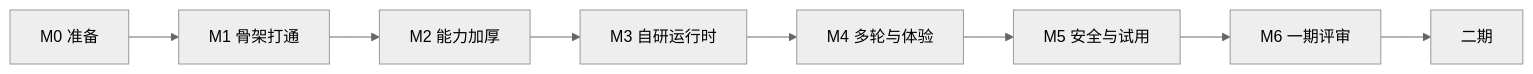
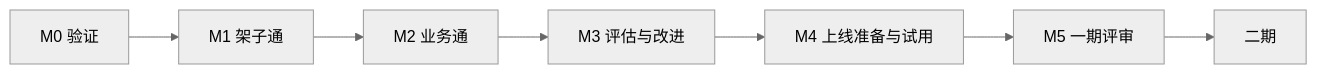
The second of 2 diagrams in docs/ai-native-design/一期二期规划.md (Sam-BIGUncle/AI_agent), drawn with Mermaid (neutral theme) before and after one commit. The commit also changed other lines of this file and 29 other files, not shown here.

````diff
--- a/docs/ai-native-design/一期二期规划.md
+++ b/docs/ai-native-design/一期二期规划.md
@@ -59,5 +73,5 @@
 ```mermaid
 flowchart LR
-  M0["M0 准备"] --> M1["M1 骨架打通"] --> M2["M2 能力加厚"] --> M3["M3 自研运行时"] --> M4["M4 多轮与体验"] --> M5["M5 安全与试用"] --> M6["M6 一期评审"]
-  M6 --> P2["二期"]
+  M0["M0 验证"] --> M1["M1 架子通"] --> M2["M2 业务通"] --> M3["M3 评估与改进"] --> M4["M4 上线准备与试用"] --> M5["M5 一期评审"]
+  M5 --> P2["二期"]
 ```
````
